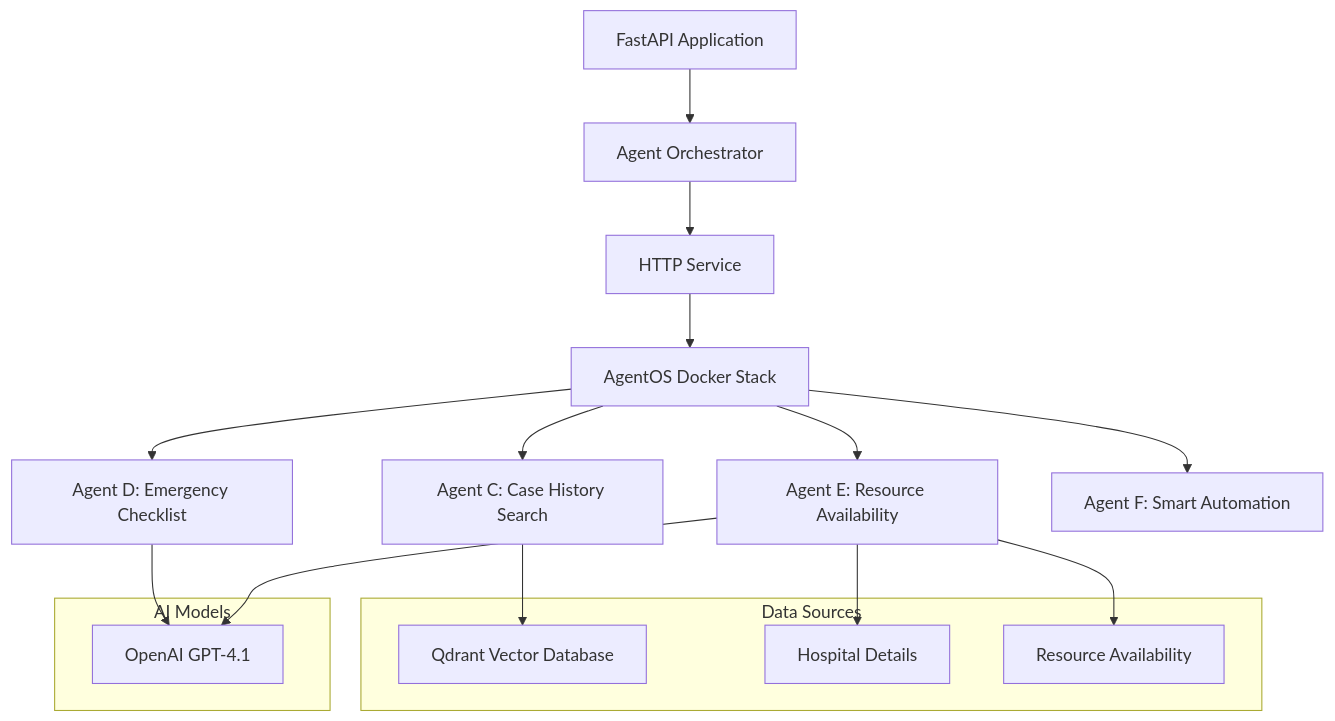
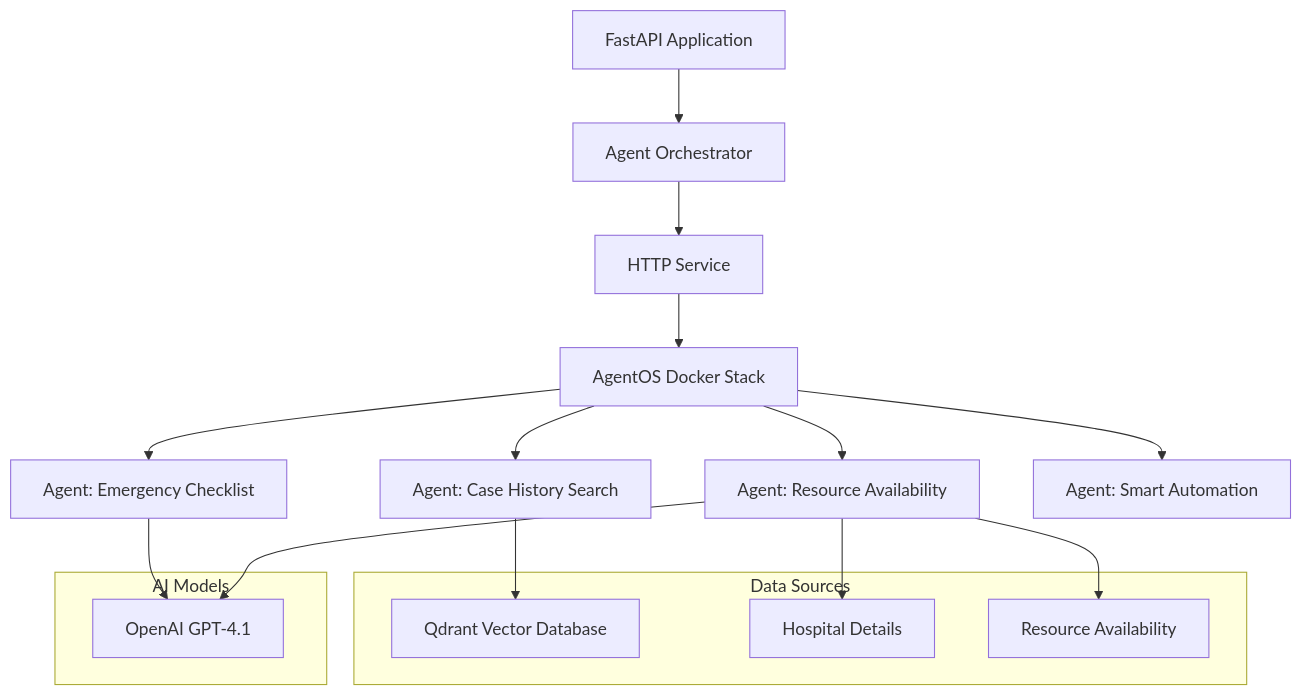
Before and after one commit to gh-aswanth/healthcare_assistant_with_agentos: the first of 2 diagrams in README.md, drawn with Mermaid. The commit also changed other lines of this file, not shown here.

````diff
--- a/README.md
+++ b/README.md
@@ -19,27 +19,27 @@
 ```mermaid
 graph TD
     A[FastAPI Application] --> B[Agent Orchestrator]
     B --> L[HTTP Service]
     L --> M[AgentOS Docker Stack]
 
-    M --> E[Agent C: Case History Search]
-    M --> F[Agent D: Emergency Checklist]
-    M --> G[Agent E: Resource Availability]
-    M --> S[Agent F: Smart Automation]
+    M --> E[Agent: Case History Search]
+    M --> F[Agent: Emergency Checklist]
+    M --> G[Agent: Resource Availability]
+    M --> S[Agent: Smart Automation]
 
     E --> H[Qdrant Vector Database]
     F --> I[OpenAI GPT-4.1]
     G --> I
     G --> J[Hospital Details]
     G --> K[Resource Availability]
 
     subgraph "Data Sources"
         H
         J
         K
     end
 
     subgraph "AI Models"
         I
     end
 ```
````
